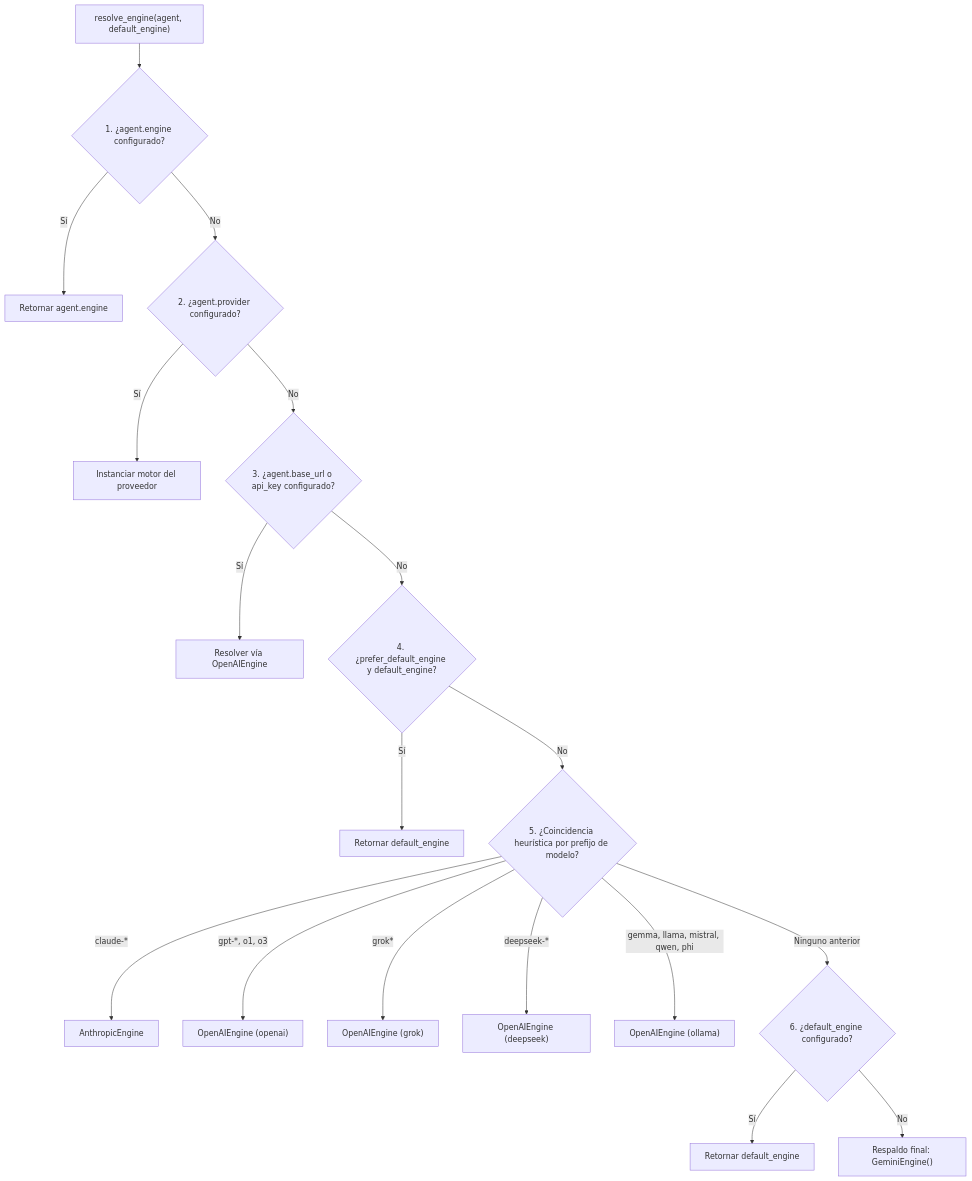
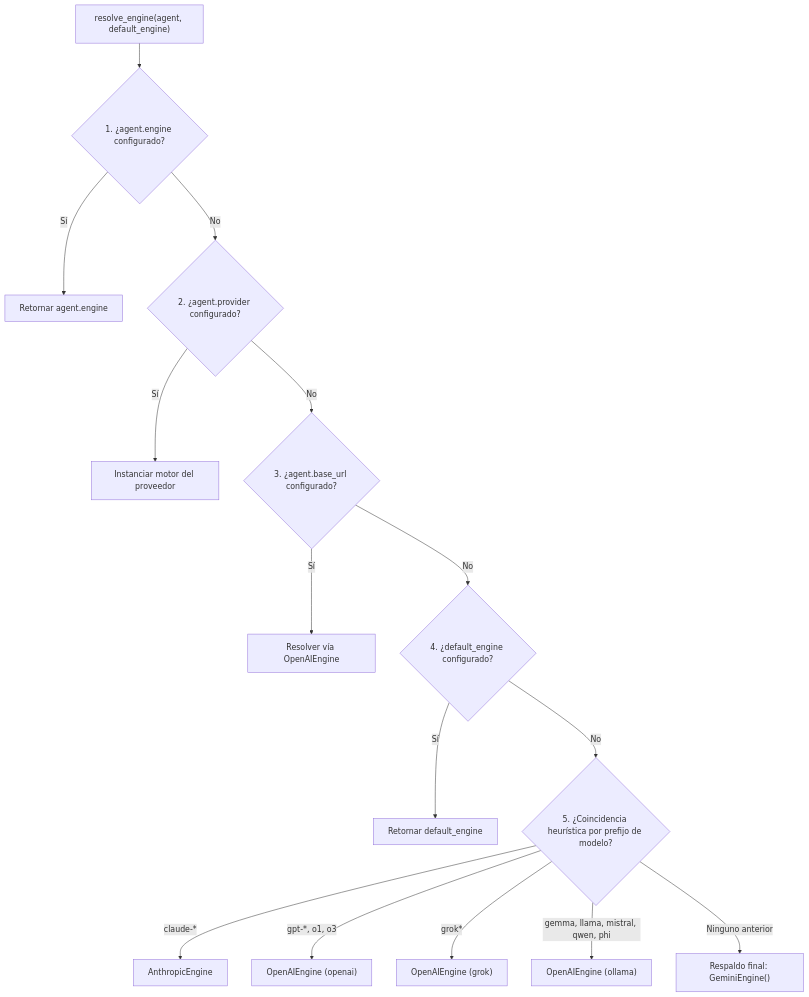
Before and after one commit to GustavoBaranda/chatflow-agent-web: the diagram in content/docs/es/v0.3/providers/index.mdx, drawn with Mermaid. The commit also changed other lines of this file and 133 other files, not shown here.

````diff
--- a/content/docs/es/v0.3/providers/index.mdx
+++ b/content/docs/es/v0.3/providers/index.mdx
@@ -93,20 +95,17 @@
 ```mermaid
 flowchart TD
     Start["resolve_engine(agent, default_engine)"] --> C1{"1. ¿agent.engine configurado?"}
     C1 -- Sí --> R1["Retornar agent.engine"]
     C1 -- No --> C2{"2. ¿agent.provider configurado?"}
     C2 -- Sí --> R2["Instanciar motor del proveedor"]
-    C2 -- No --> C3{"3. ¿agent.base_url o api_key configurado?"}
+    C2 -- No --> C3{"3. ¿agent.base_url configurado?"}
     C3 -- Sí --> R3["Resolver vía OpenAIEngine"]
-    C3 -- No --> C4{"4. ¿prefer_default_engine y default_engine?"}
+    C3 -- No --> C4{"4. ¿default_engine configurado?"}
     C4 -- Sí --> R4["Retornar default_engine"]
     C4 -- No --> C5{"5. ¿Coincidencia heurística por prefijo de modelo?"}
     C5 -- claude-* --> R5A["AnthropicEngine"]
     C5 -- gpt-*, o1, o3 --> R5B["OpenAIEngine (openai)"]
     C5 -- grok* --> R5C["OpenAIEngine (grok)"]
-    C5 -- deepseek-* --> R5D["OpenAIEngine (deepseek)"]
-    C5 -- gemma, llama, mistral, qwen, phi --> R5E["OpenAIEngine (ollama)"]
-    C5 -- Ninguno anterior --> C6{"6. ¿default_engine configurado?"}
-    C6 -- Sí --> R6["Retornar default_engine"]
-    C6 -- No --> R7["Respaldo final: GeminiEngine()"]
+    C5 -- gemma, llama, mistral, qwen, phi --> R5D["OpenAIEngine (ollama)"]
+    C5 -- Ninguno anterior --> R6["Respaldo final: GeminiEngine()"]
 ```
````
